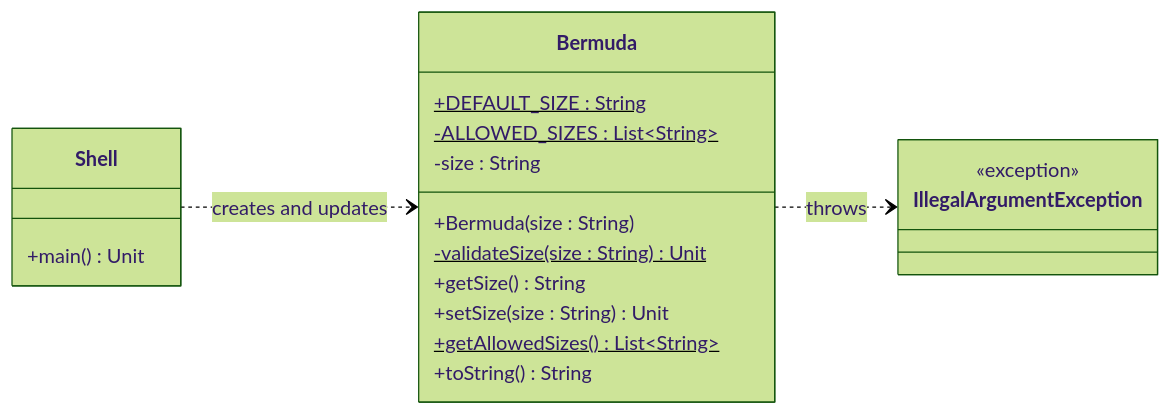
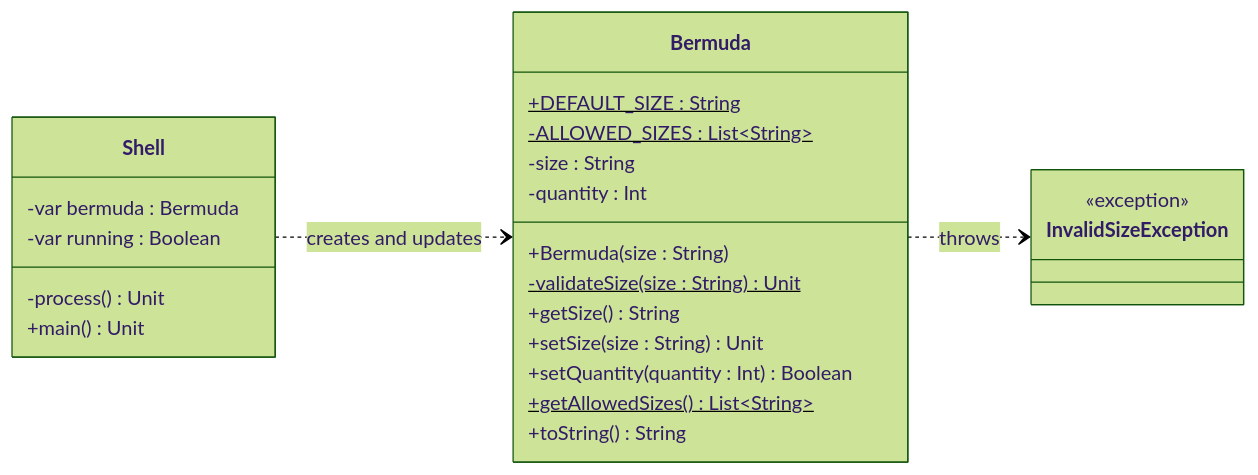
Before and after one commit to qxcodepoo/arcade: the diagram in labs/bermuda/README.md, drawn with Mermaid (forest theme). The commit also changed other lines of this file and 44 other files, not shown here.

````diff
--- a/labs/bermuda/README.md
+++ b/labs/bermuda/README.md
@@ -40,28 +44,33 @@
 ```mermaid
 %%{init: {'fontFamily': 'monospace'}}%%
 classDiagram
     direction LR
 
-    class IllegalArgumentException {
+    class InvalidSizeException {
         <<exception>>
     }
 
     class Bermuda {
         +DEFAULT_SIZE : String$
         -ALLOWED_SIZES : List~String~$
         -size : String
+        -quantity : Int
         +Bermuda(size : String)
         -validateSize(size : String) Unit$
         +getSize() String
         +setSize(size : String) Unit
+        +setQuantity(quantity : Int) Boolean
         +getAllowedSizes() List~String~$
         +toString() String
     }
 
     class Shell {
+        -var bermuda : Bermuda
+        -var running : Boolean
+        -process() Unit
         +main() Unit
     }
 
-    Bermuda ..> IllegalArgumentException : throws
+    Bermuda ..> InvalidSizeException : throws
     Shell ..> Bermuda : creates and updates
 ```
````
